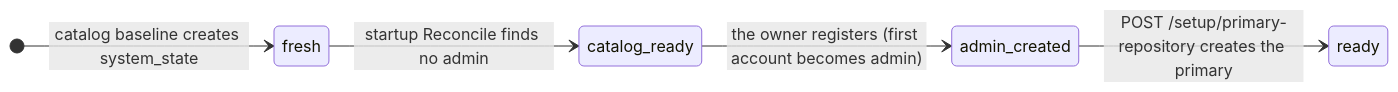
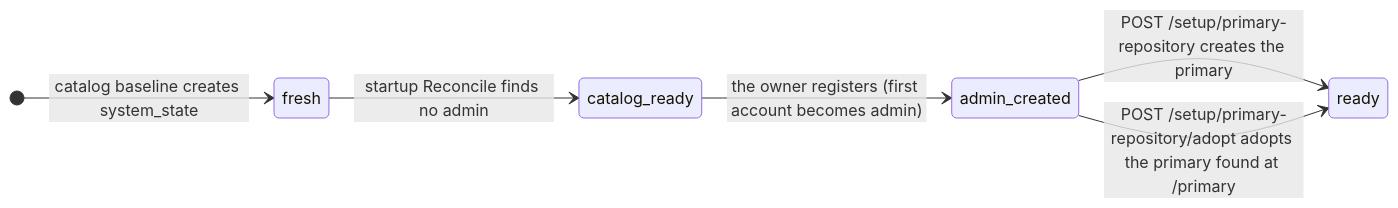
One commit to EdwinZhanCN/Lumilio-Photos changed the diagram in docs/atlas/generated/lifecycle/bootstrap.md. Above: the diagram before and after it, drawn with Mermaid. The commit also changed other lines of this file and 84 other files, not shown here.

First line of the commit message:
feat(storage): setup adopts a leftover Primary Repository or starts fresh elsewhere; restricted recovery startup and the startup facade (P5)

````diff
--- a/docs/atlas/generated/lifecycle/bootstrap.md
+++ b/docs/atlas/generated/lifecycle/bootstrap.md
@@ -9,12 +9,13 @@
 ```mermaid
 stateDiagram-v2
     direction LR
     state "fresh" as n_fresh
     state "catalog_ready" as n_catalog_ready
     state "admin_created" as n_admin_created
     state "ready" as n_ready
     [*] --> n_fresh: catalog baseline creates system_state
     n_fresh --> n_catalog_ready: startup Reconcile finds no admin
     n_catalog_ready --> n_admin_created: the owner registers (first account becomes admin)
     n_admin_created --> n_ready: POST /setup/primary-repository creates the primary
+    n_admin_created --> n_ready: POST /setup/primary-repository/adopt adopts the primary found at <default>/primary
 ```
````
